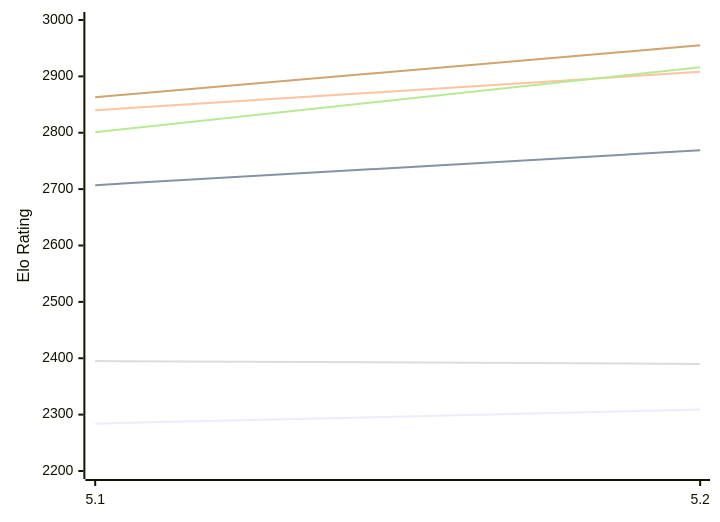
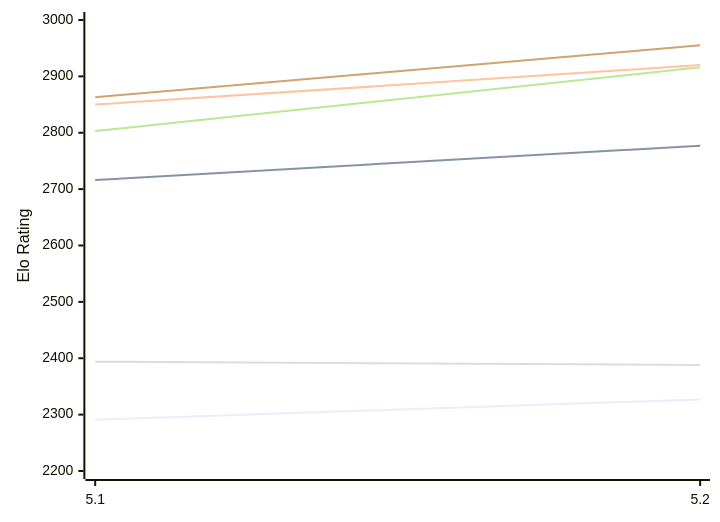
Before and after one commit to computer-chess-index/cci: the first of 2 diagrams in engines/Dorky.md, drawn with Mermaid. The commit also changed other lines of this file, not shown here.

Commit message:
Update CCI Ratings (ELO VLTC) - 2026-11-07

````diff
--- a/engines/Dorky.md
+++ b/engines/Dorky.md
@@ -50,12 +50,12 @@
 ```mermaid
 %%{init: {"theme":"base","themeVariables":{"seriesColors:['#a3a3a3','#222221','#faa371']}}}%%
 xychart-beta
   x-axis ["5.1", "5.2"]
   y-axis "Elo Rating" 2200 --> 3000
-  line "E1: STC (8.0+0.08s)" [2284, 2309]
-  line "E1: LTC (60.0+0.60s)" [2707, 2769]
-  line "E1: VLTC (2m24s+1.12s)" [2840, 2908]
-  line "P1: STC (8.0+0.08s)" [2395, 2390]
-  line "P1: LTC (60.0+0.60s)" [2801, 2916]
+  line "E1: STC (8.0+0.08s)" [2291, 2327]
+  line "E1: LTC (60.0+0.60s)" [2716, 2777]
+  line "E1: VLTC (2m24s+1.12s)" [2850, 2920]
+  line "P1: STC (8.0+0.08s)" [2394, 2388]
+  line "P1: LTC (60.0+0.60s)" [2803, 2916]
   line "P1: VLTC (2m24s+1.12s)" [2863, 2955]
 ```
````
